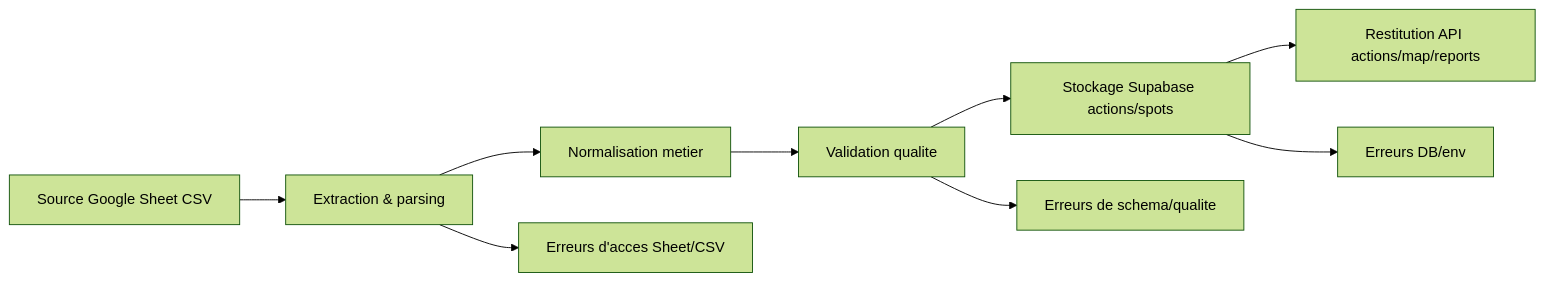
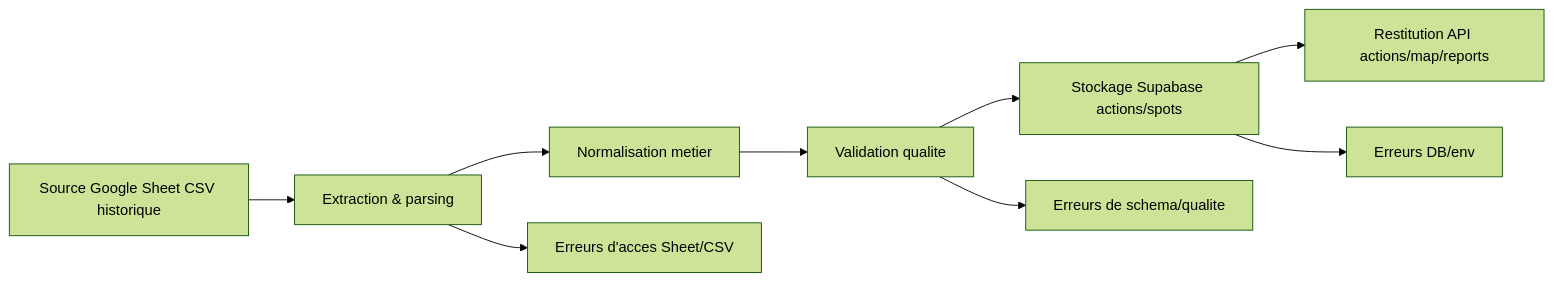
The first of 4 diagrams in documentation/operations/data-import/pipeline-import.md (maxd4/CleanmyMap), drawn with Mermaid (forest theme) before and after one commit. The commit also changed other lines of this file and 322 other files, not shown here.

````diff
--- a/documentation/operations/data-import/pipeline-import.md
+++ b/documentation/operations/data-import/pipeline-import.md
@@ -4,11 +4,11 @@
 ```mermaid
 flowchart LR
-  S1[Source Google Sheet CSV] --> N1[Extraction & parsing]
+  S1[Source Google Sheet CSV historique] --> N1[Extraction & parsing]
   N1 --> N2[Normalisation metier]
   N2 --> N3[Validation qualite]
   N3 --> ST1[Stockage Supabase actions/spots]
   ST1 --> R1[Restitution API actions/map/reports]
   N3 --> E1[Erreurs de schema/qualite]
   N1 --> E2[Erreurs d'acces Sheet/CSV]
   ST1 --> E3[Erreurs DB/env]
 ```
````
